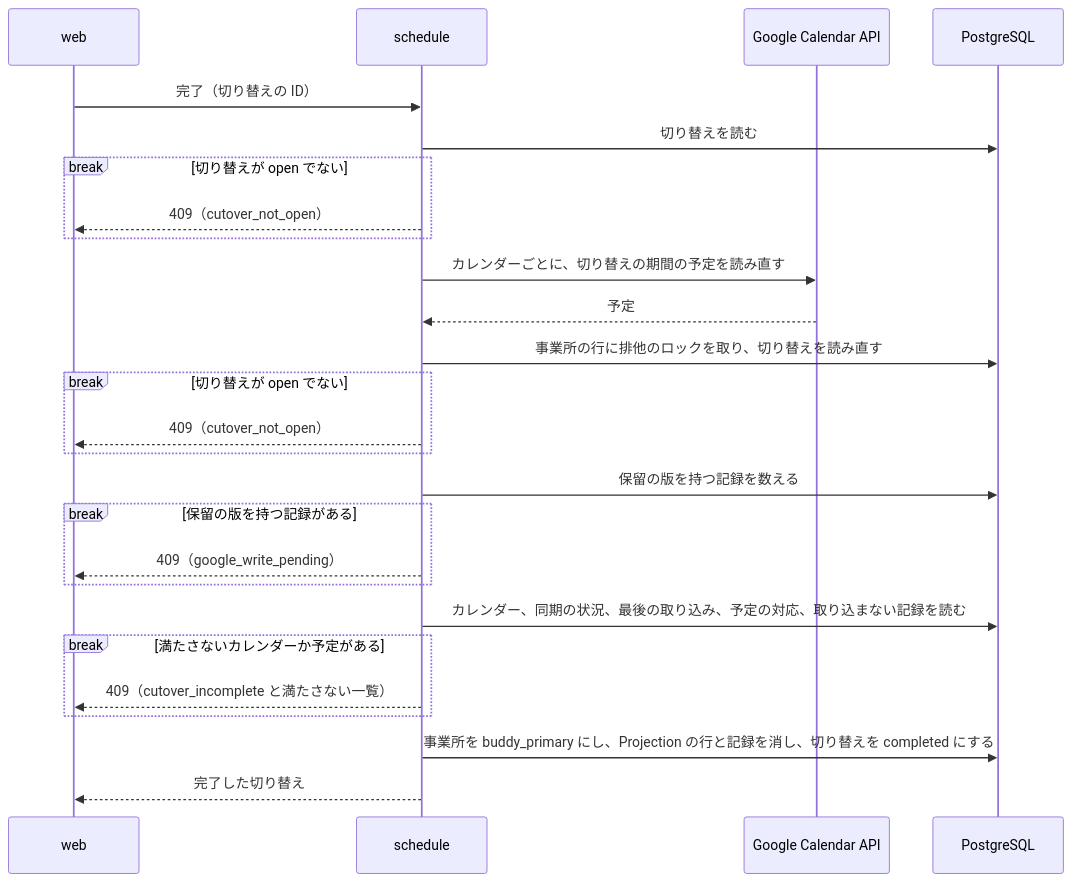
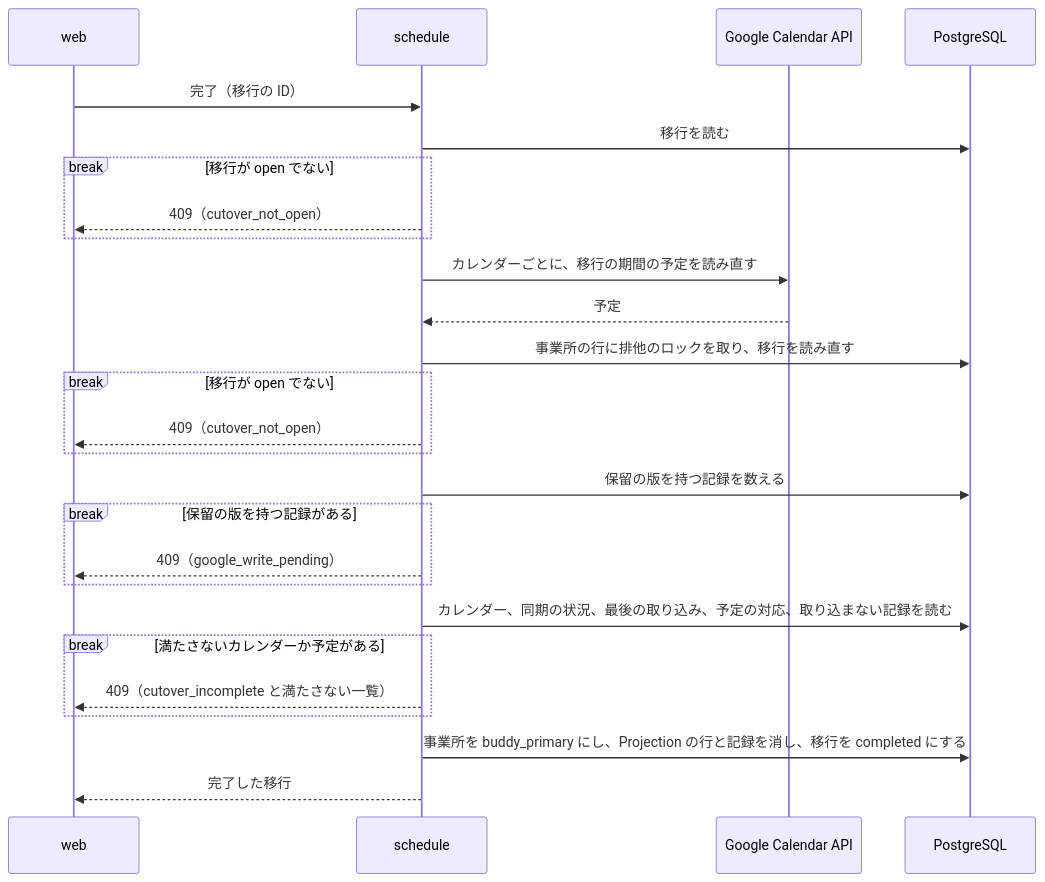
Before and after one commit to Fukuemon/buddy: the second of 8 diagrams in services/schedule/internal/features/calendar/DesignDoc.md, drawn with Mermaid. The commit also changed other lines of this file and 39 other files, not shown here.

````diff
--- a/services/schedule/internal/features/calendar/DesignDoc.md
+++ b/services/schedule/internal/features/calendar/DesignDoc.md
@@ -388,28 +388,28 @@
 ```mermaid
 sequenceDiagram
   participant web
   participant api as schedule
   participant g as Google Calendar API
   participant db as PostgreSQL
-  web->>api: 完了（切り替えの ID）
-  api->>db: 切り替えを読む
-  break 切り替えが open でない
+  web->>api: 完了（移行の ID）
+  api->>db: 移行を読む
+  break 移行が open でない
     api-->>web: 409（cutover_not_open）
   end
-  api->>g: カレンダーごとに、切り替えの期間の予定を読み直す
+  api->>g: カレンダーごとに、移行の期間の予定を読み直す
   g-->>api: 予定
-  api->>db: 事業所の行に排他のロックを取り、切り替えを読み直す
-  break 切り替えが open でない
+  api->>db: 事業所の行に排他のロックを取り、移行を読み直す
+  break 移行が open でない
     api-->>web: 409（cutover_not_open）
   end
   api->>db: 保留の版を持つ記録を数える
   break 保留の版を持つ記録がある
     api-->>web: 409（google_write_pending）
   end
   api->>db: カレンダー、同期の状況、最後の取り込み、予定の対応、取り込まない記録を読む
   break 満たさないカレンダーか予定がある
     api-->>web: 409（cutover_incomplete と満たさない一覧）
   end
-  api->>db: 事業所を buddy_primary にし、Projection の行と記録を消し、切り替えを completed にする
-  api-->>web: 完了した切り替え
+  api->>db: 事業所を buddy_primary にし、Projection の行と記録を消し、移行を completed にする
+  api-->>web: 完了した移行
 ```
````
